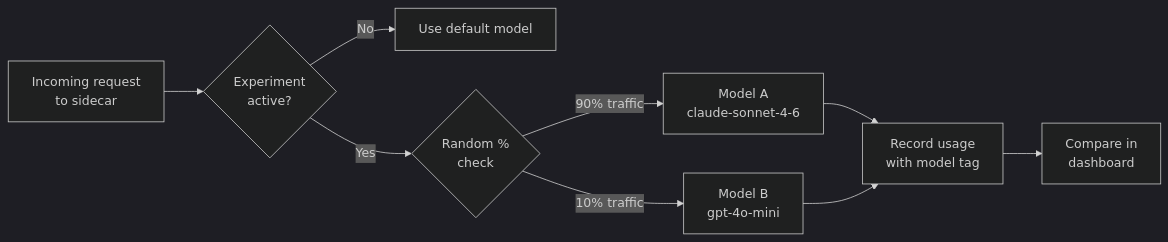
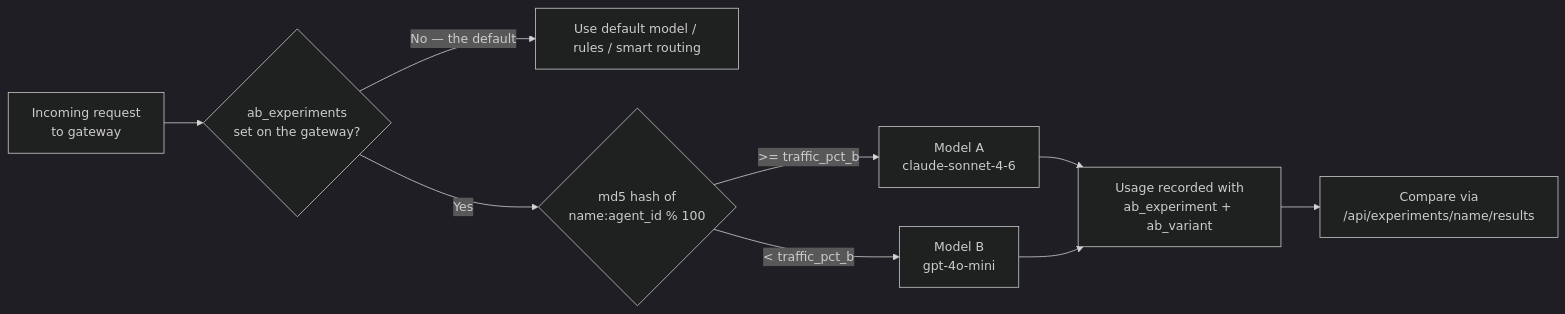
Before and after one commit to hk-775/ostiari: the tenth of 13 diagrams in control-plane/docs/getting-started.md, drawn with Mermaid (dark theme). The commit also changed other lines of this file and 21 other files, not shown here.

````diff
--- a/control-plane/docs/getting-started.md
+++ b/control-plane/docs/getting-started.md
@@ -1313,11 +1629,11 @@
 ```mermaid
 flowchart LR
-    A[Incoming request<br/>to sidecar] --> B{Experiment<br/>active?}
-    B -->|No| C[Use default model]
-    B -->|Yes| D{Random %<br/>check}
-    D -->|90% traffic| E[Model A<br/>claude-sonnet-4-6]
-    D -->|10% traffic| F[Model B<br/>gpt-4o-mini]
-    E --> G[Record usage<br/>with model tag]
+    A[Incoming request<br/>to gateway] --> B{ab_experiments<br/>set on the gateway?}
+    B -->|No — the default| C[Use default model / rules / smart routing]
+    B -->|Yes| D{md5 hash of<br/>name:agent_id % 100}
+    D -->|>= traffic_pct_b| E[Model A<br/>claude-sonnet-4-6]
+    D -->|< traffic_pct_b| F[Model B<br/>gpt-4o-mini]
+    E --> G[Usage recorded with<br/>ab_experiment + ab_variant]
     F --> G
-    G --> H[Compare in<br/>dashboard]
+    G --> H[Compare via<br/>/api/experiments/name/results]
 ```
````
